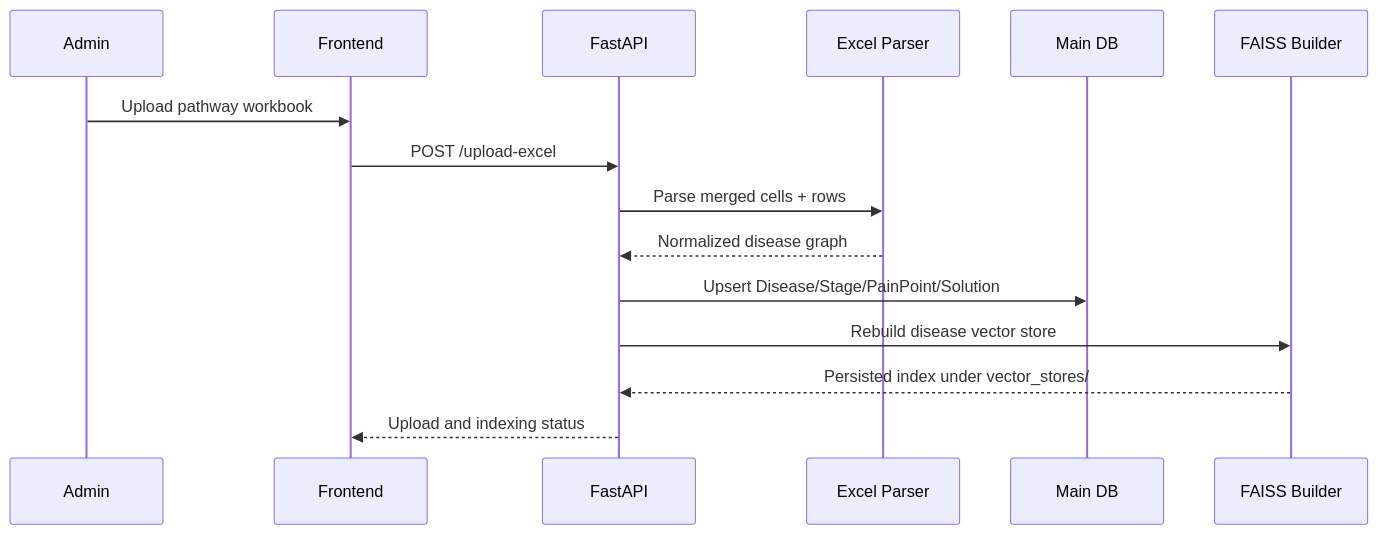
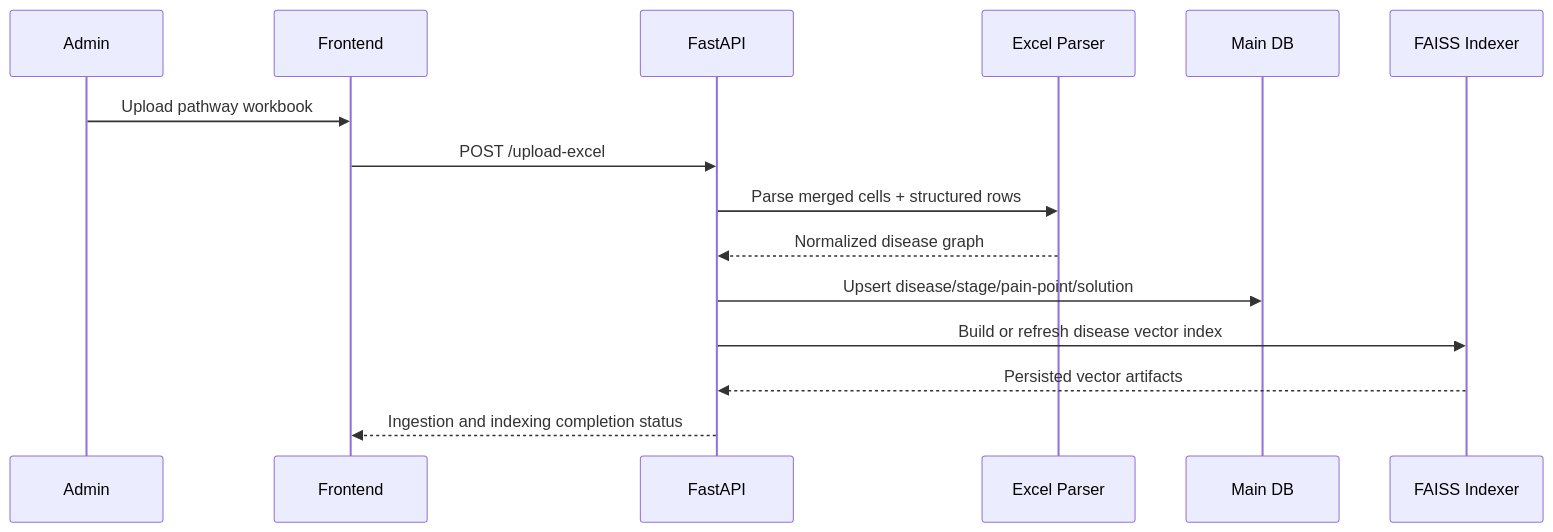
Before and after one commit to Bdp226/Disease-Pathway: the second of 4 diagrams in README.md, drawn with Mermaid. The commit also changed other lines of this file and 1 other file, not shown here.

Commit message:
docs: upgrade README to research-grade architecture and evaluation spec

````diff
--- a/README.md
+++ b/README.md
@@ -65,18 +51,18 @@
 ```mermaid
 sequenceDiagram
     participant Admin
     participant FE as Frontend
     participant API as FastAPI
     participant Parser as Excel Parser
     participant DB as Main DB
-    participant Index as FAISS Builder
+    participant Index as FAISS Indexer
 
     Admin->>FE: Upload pathway workbook
     FE->>API: POST /upload-excel
-    API->>Parser: Parse merged cells + rows
+    API->>Parser: Parse merged cells + structured rows
     Parser-->>API: Normalized disease graph
-    API->>DB: Upsert Disease/Stage/PainPoint/Solution
-    API->>Index: Rebuild disease vector store
-    Index-->>API: Persisted index under vector_stores/
-    API-->>FE: Upload and indexing status
+    API->>DB: Upsert disease/stage/pain-point/solution
+    API->>Index: Build or refresh disease vector index
+    Index-->>API: Persisted vector artifacts
+    API-->>FE: Ingestion and indexing completion status
 ```
````
